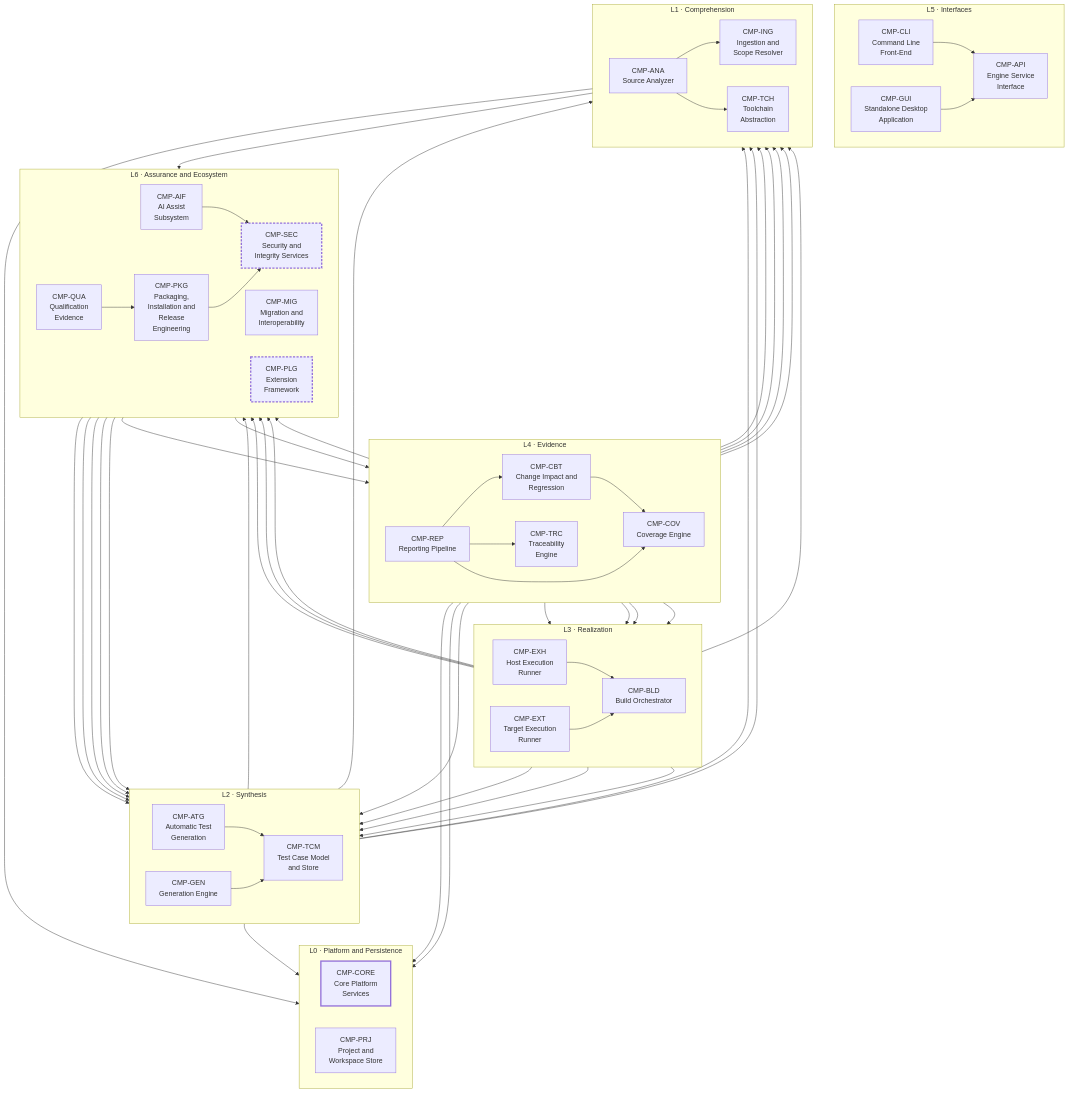
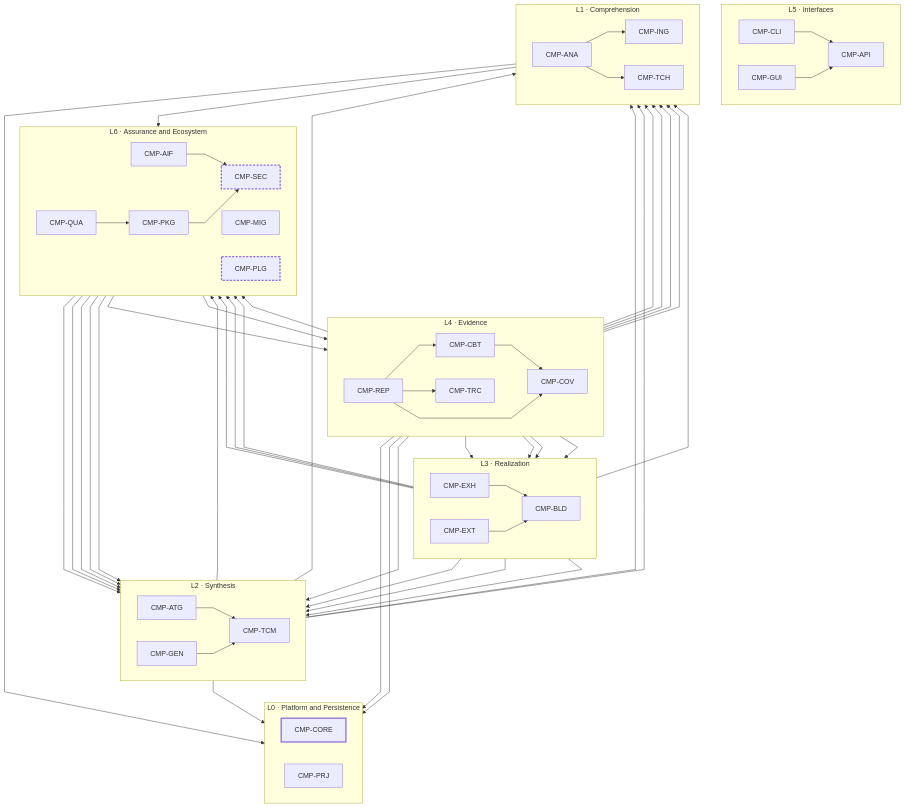
The second of 9 diagrams in design/architecture-diagrams.md (suduli/embedded-c-unit-test-tool), drawn with Mermaid before and after one commit. The commit also changed other lines of this file and 11 other files, not shown here.

First line of the commit message:
Fix non-uniform boxes and curved edges in the Mermaid diagrams; drop D2

````diff
--- a/design/architecture-diagrams.md
+++ b/design/architecture-diagrams.md
@@ -65,49 +95,50 @@
 ```mermaid
+%%{init: {'flowchart': {'curve': 'linear'}}}%%
 flowchart TD
   subgraph L6["L6 · Assurance and Ecosystem"]
     direction LR
-    CMP_AIF["CMP-AIF<br/>AI Assist<br/>Subsystem"]
-    CMP_MIG["CMP-MIG<br/>Migration and<br/>Interoperability"]
-    CMP_PKG["CMP-PKG<br/>Packaging,<br/>Installation and<br/>Release<br/>Engineering"]
-    CMP_PLG["CMP-PLG<br/>Extension<br/>Framework"]
-    CMP_QUA["CMP-QUA<br/>Qualification<br/>Evidence"]
-    CMP_SEC["CMP-SEC<br/>Security and<br/>Integrity Services"]
+    CMP_AIF["CMP-AIF"]
+    CMP_MIG["CMP-MIG"]
+    CMP_PKG["CMP-PKG"]
+    CMP_PLG["CMP-PLG"]
+    CMP_QUA["CMP-QUA"]
+    CMP_SEC["CMP-SEC"]
   end
   subgraph L5["L5 · Interfaces"]
     direction LR
-    CMP_API["CMP-API<br/>Engine Service<br/>Interface"]
-    CMP_CLI["CMP-CLI<br/>Command Line<br/>Front-End"]
-    CMP_GUI["CMP-GUI<br/>Standalone Desktop<br/>Application"]
+    CMP_API["CMP-API"]
+    CMP_CLI["CMP-CLI"]
+    CMP_GUI["CMP-GUI"]
   end
   subgraph L4["L4 · Evidence"]
     direction LR
-    CMP_CBT["CMP-CBT<br/>Change Impact and<br/>Regression"]
-    CMP_COV["CMP-COV<br/>Coverage Engine"]
-    CMP_REP["CMP-REP<br/>Reporting Pipeline"]
-    CMP_TRC["CMP-TRC<br/>Traceability<br/>Engine"]
+    CMP_CBT["CMP-CBT"]
+    CMP_COV["CMP-COV"]
+    CMP_REP["CMP-REP"]
+    CMP_TRC["CMP-TRC"]
   end
   subgraph L3["L3 · Realization"]
     direction LR
-    CMP_BLD["CMP-BLD<br/>Build Orchestrator"]
-    CMP_EXH["CMP-EXH<br/>Host Execution<br/>Runner"]
-    CMP_EXT["CMP-EXT<br/>Target Execution<br/>Runner"]
+    CMP_BLD["CMP-BLD"]
+    CMP_EXH["CMP-EXH"]
+    CMP_EXT["CMP-EXT"]
   end
   subgraph L2["L2 · Synthesis"]
     direction LR
-    CMP_ATG["CMP-ATG<br/>Automatic Test<br/>Generation"]
-    CMP_GEN["CMP-GEN<br/>Generation Engine"]
-    CMP_TCM["CMP-TCM<br/>Test Case Model<br/>and Store"]
+    CMP_ATG["CMP-ATG"]
+    CMP_GEN["CMP-GEN"]
+    CMP_TCM["CMP-TCM"]
   end
   subgraph L1["L1 · Comprehension"]
     direction LR
-    CMP_ANA["CMP-ANA<br/>Source Analyzer"]
-    CMP_ING["CMP-ING<br/>Ingestion and<br/>Scope Resolver"]
-    CMP_TCH["CMP-TCH<br/>Toolchain<br/>Abstraction"]
+    CMP_ANA["CMP-ANA"]
+    CMP_ING["CMP-ING"]
+    CMP_TCH["CMP-TCH"]
   end
   subgraph L0["L0 · Platform and Persistence"]
     direction LR
-    CMP_CORE["CMP-CORE<br/>Core Platform<br/>Services"]
-    CMP_PRJ["CMP-PRJ<br/>Project and<br/>Workspace Store"]
+    CMP_CORE["CMP-CORE"]
+    CMP_PRJ["CMP-PRJ"]
   end
   CMP_AIF --> CMP_ATG
   CMP_AIF --> CMP_GEN
````
